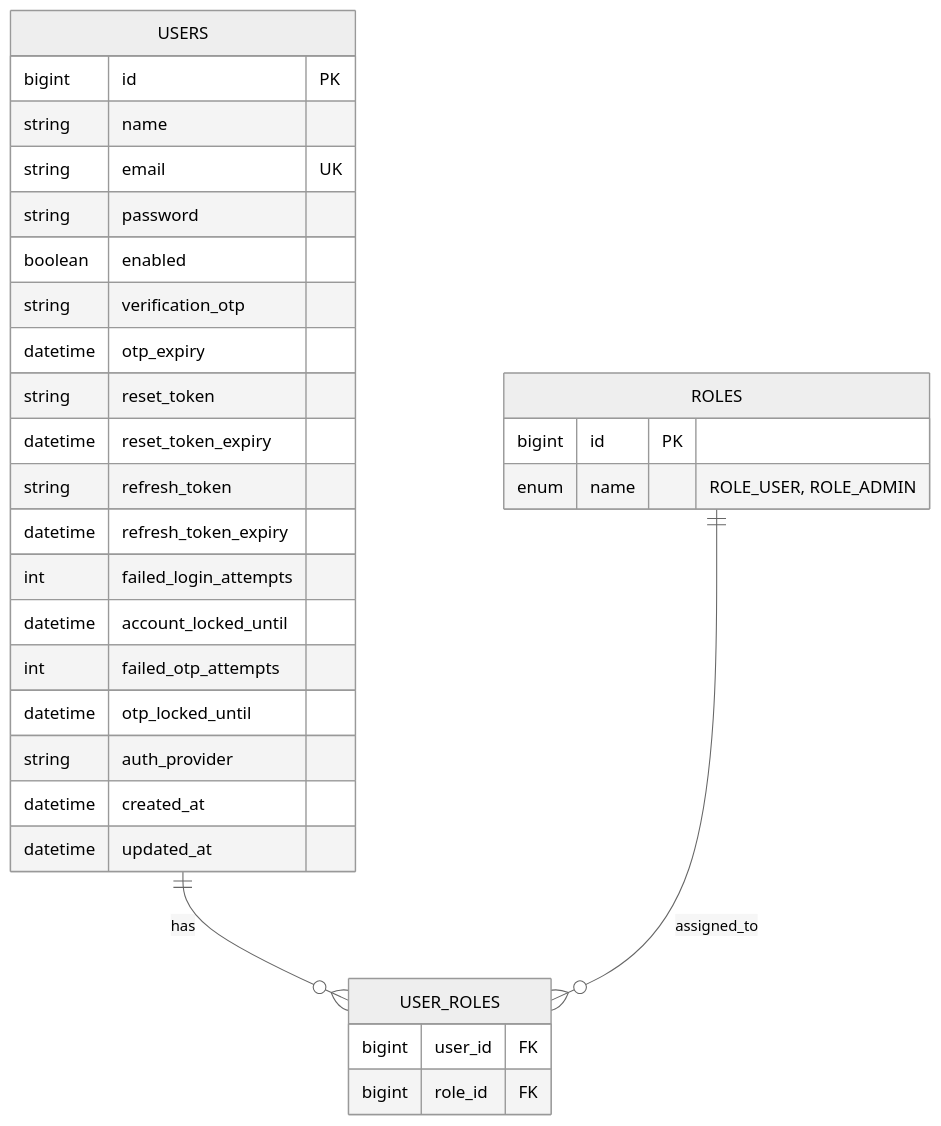
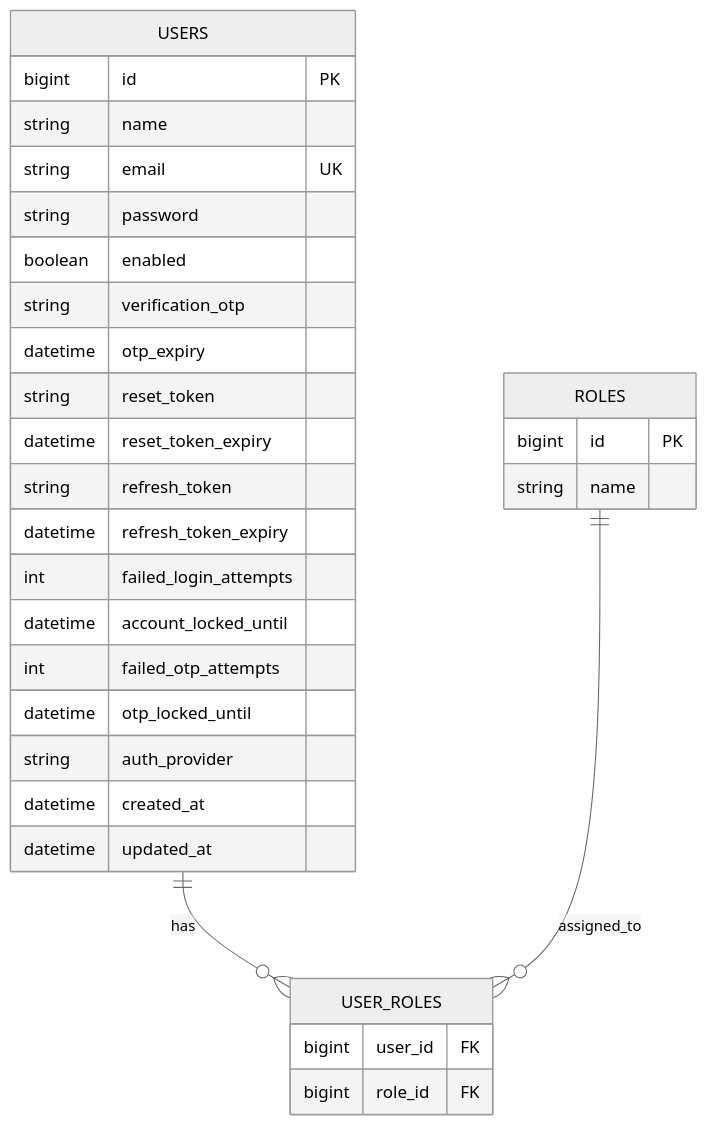
Before and after one commit to himanshugupta91/Full-Stack-Authentication-System: diagram 12 of 12 in README.md, drawn with Mermaid (neutral theme). The commit also changed other lines of this file, not shown here.

Commit message:
Rewrite all 12 mermaid diagrams from scratch with plain GitHub-compatible syntax

````diff
--- a/README.md
+++ b/README.md
@@ -519,36 +482,36 @@
 ```mermaid
 erDiagram
     USERS {
         bigint id PK
         string name
         string email UK
         string password
         boolean enabled
         string verification_otp
         datetime otp_expiry
         string reset_token
         datetime reset_token_expiry
         string refresh_token
         datetime refresh_token_expiry
         int failed_login_attempts
         datetime account_locked_until
         int failed_otp_attempts
         datetime otp_locked_until
         string auth_provider
         datetime created_at
         datetime updated_at
     }
 
     ROLES {
         bigint id PK
-        enum name "ROLE_USER, ROLE_ADMIN"
+        string name
     }
 
     USER_ROLES {
         bigint user_id FK
         bigint role_id FK
     }
 
     USERS ||--o{ USER_ROLES : has
     ROLES ||--o{ USER_ROLES : assigned_to
 ```
````
